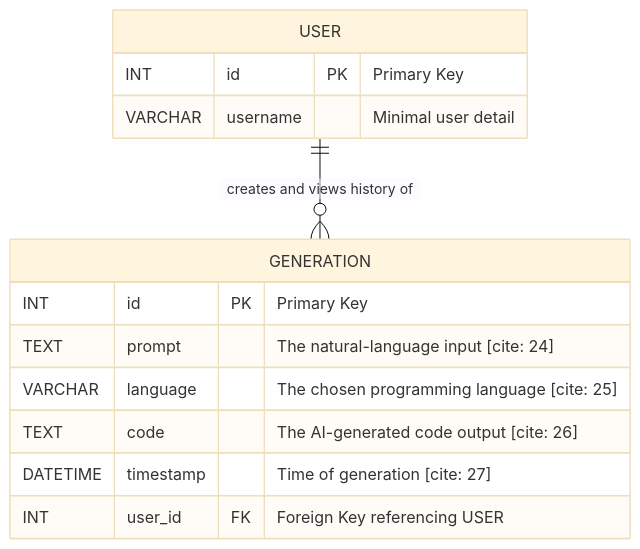
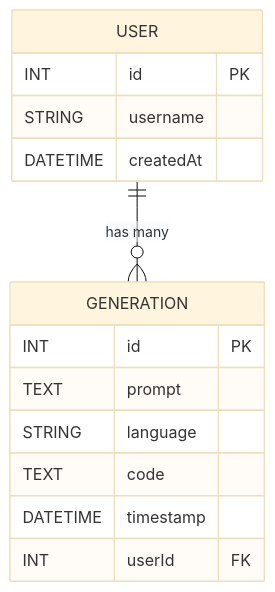
Before and after one commit to mohdayaan786/Code_Copilot: the diagram in readme.md, drawn with Mermaid (base theme). The commit also changed other lines of this file and 1 other file, not shown here.

````diff
--- a/readme.md
+++ b/readme.md
@@ -133,22 +133,20 @@
 ```mermaid
 erDiagram
-    %% Entity definitions based on requirements
     USER {
-        INT id PK "Primary Key"
-        VARCHAR username "Minimal user detail"
+        INT id PK
+        STRING username
+        DATETIME createdAt
     }
 
     GENERATION {
-        INT id PK "Primary Key"
-        TEXT prompt "The natural-language input [cite: 24]"
-        VARCHAR language "The chosen programming language [cite: 25]"
-        TEXT code "The AI-generated code output [cite: 26]"
-        DATETIME timestamp "Time of generation [cite: 27]"
-        INT user_id FK "Foreign Key referencing USER "
+        INT id PK
+        TEXT prompt
+        STRING language
+        TEXT code
+        DATETIME timestamp
+        INT userId FK
     }
 
-    %% Relationship definition
-    %% A User creates zero or many Generations (One-to-Many relationship)
-    USER ||--o{ GENERATION : "creates and views history of"
+    USER ||--o{ GENERATION : "has many"
 
 ```
````
